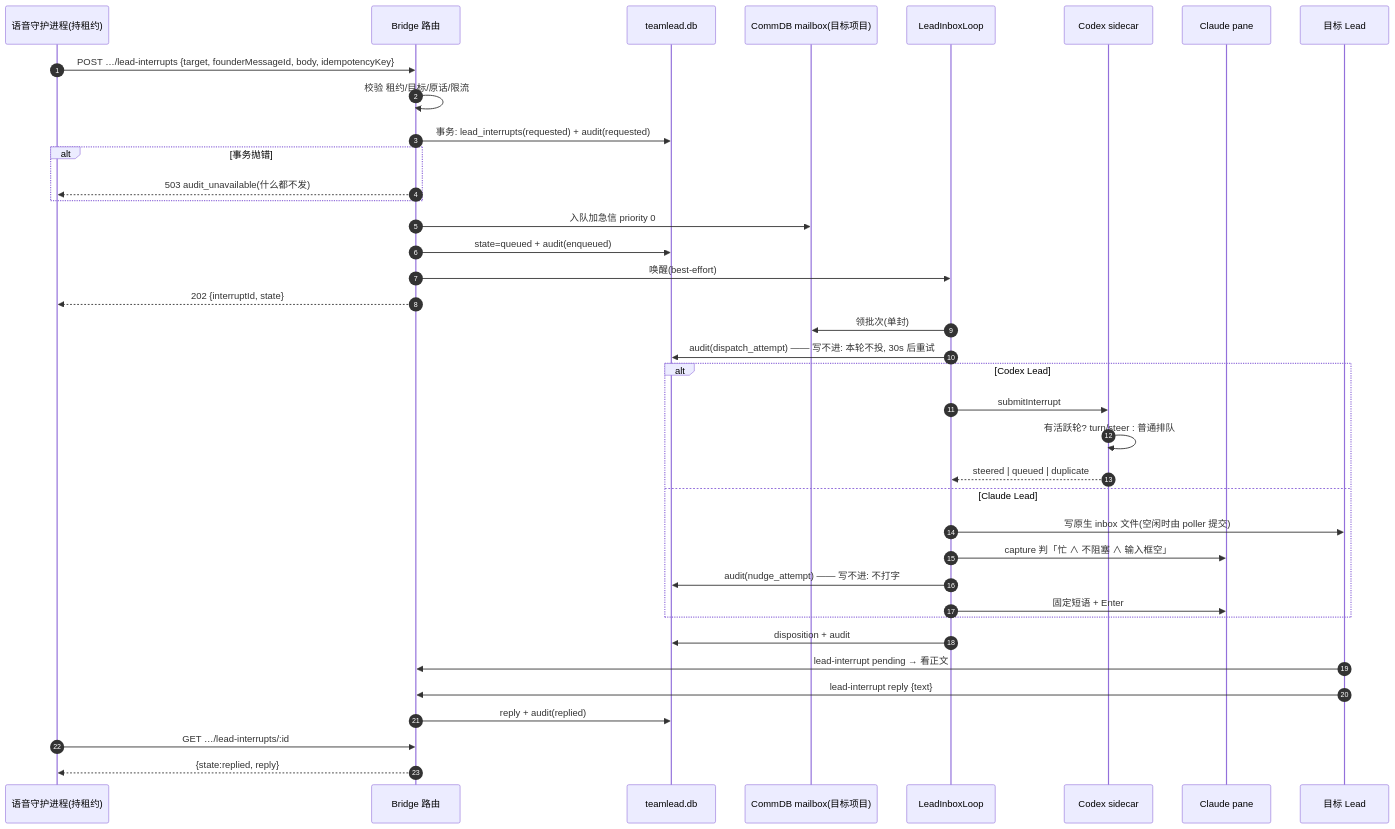
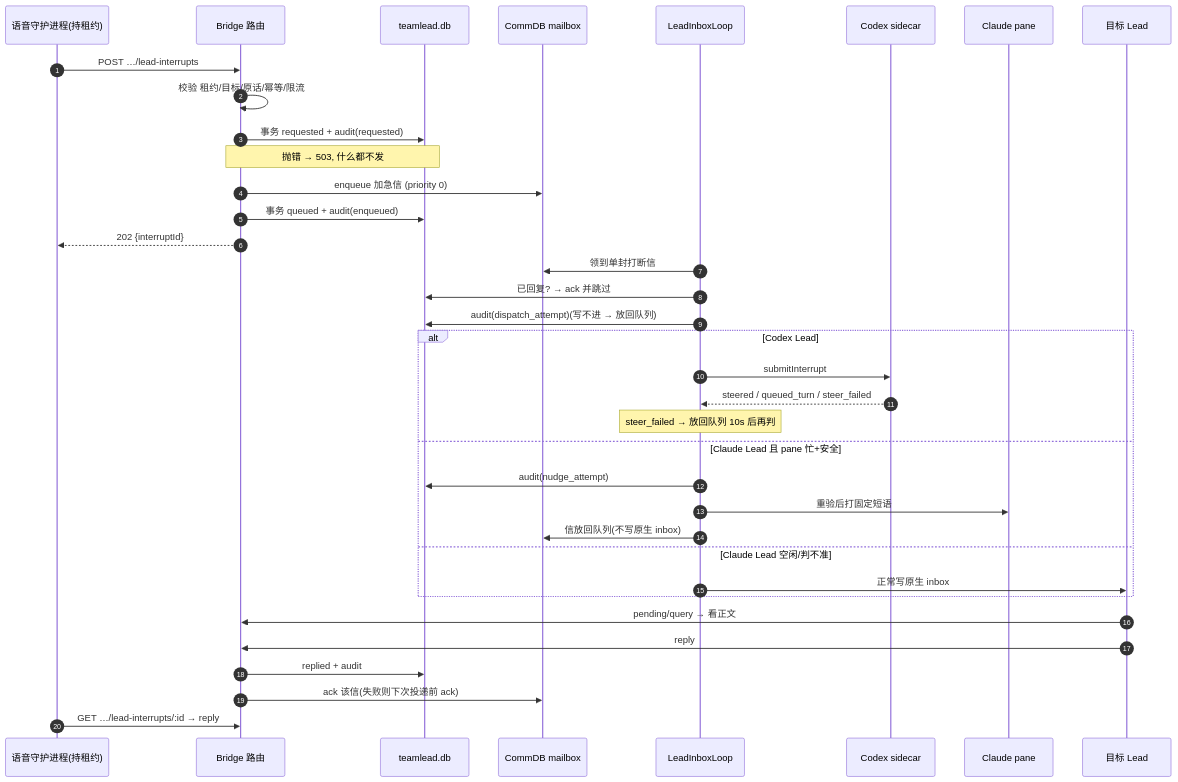
One commit to xrliAnnie/flywheel-qa-sandbox changed the diagram in engineering/doc/FLY-2883-controlled-lead-interrupt/plan.md. Above: the diagram before and after it, drawn with Mermaid. The commit also changed other lines of this file, not shown here.

````diff
--- a/engineering/doc/FLY-2883-controlled-lead-interrupt/plan.md
+++ b/engineering/doc/FLY-2883-controlled-lead-interrupt/plan.md
@@ -31,40 +31,38 @@
 ```mermaid
 sequenceDiagram
     autonumber
     participant V as 语音守护进程(持租约)
     participant B as Bridge 路由
     participant S as teamlead.db
-    participant M as CommDB mailbox(目标项目)
+    participant M as CommDB mailbox
     participant L as LeadInboxLoop
     participant C as Codex sidecar
     participant P as Claude pane
     participant T as 目标 Lead
-    V->>B: POST …/lead-interrupts {target, founderMessageId, body, idempotencyKey}
-    B->>B: 校验 租约/目标/原话/限流
-    B->>S: 事务: lead_interrupts(requested) + audit(requested)
-    alt 事务抛错
-        B-->>V: 503 audit_unavailable(什么都不发)
-    end
-    B->>M: 入队加急信 priority 0
-    B->>S: state=queued + audit(enqueued)
-    B->>L: 唤醒(best-effort)
-    B-->>V: 202 {interruptId, state}
-    L->>M: 领批次(单封)
-    L->>S: audit(dispatch_attempt) —— 写不进: 本轮不投, 30s 后重试
+    V->>B: POST …/lead-interrupts
+    B->>B: 校验 租约/目标/原话/幂等/限流
+    B->>S: 事务 requested + audit(requested)
+    Note over B,S: 抛错 → 503, 什么都不发
+    B->>M: enqueue 加急信 (priority 0)
+    B->>S: 事务 queued + audit(enqueued)
+    B-->>V: 202 {interruptId}
+    L->>M: 领到单封打断信
+    L->>S: 已回复? → ack 并跳过
+    L->>S: audit(dispatch_attempt)(写不进 → 放回队列)
     alt Codex Lead
         L->>C: submitInterrupt
-        C->>C: 有活跃轮? turn/steer : 普通排队
-        C-->>L: steered | queued | duplicate
-    else Claude Lead
-        L->>T: 写原生 inbox 文件(空闲时由 poller 提交)
-        L->>P: capture 判「忙 ∧ 不阻塞 ∧ 输入框空」
-        L->>S: audit(nudge_attempt) —— 写不进: 不打字
-        L->>P: 固定短语 + Enter
+        C-->>L: steered / queued_turn / steer_failed
+        Note over L: steer_failed → 放回队列 10s 后再判
+    else Claude Lead 且 pane 忙+安全
+        L->>S: audit(nudge_attempt)
+        L->>P: 重验后打固定短语
+        L->>M: 信放回队列(不写原生 inbox)
+    else Claude Lead 空闲/判不准
+        L->>T: 正常写原生 inbox
     end
-    L->>S: disposition + audit
-    T->>B: lead-interrupt pending → 看正文
-    T->>B: lead-interrupt reply {text}
-    B->>S: reply + audit(replied)
-    V->>B: GET …/lead-interrupts/:id
-    B-->>V: {state:replied, reply}
+    T->>B: pending/query → 看正文
+    T->>B: reply
+    B->>S: replied + audit
+    B->>M: ack 该信(失败则下次投递前 ack)
+    V->>B: GET …/lead-interrupts/:id → reply
 ```
````
